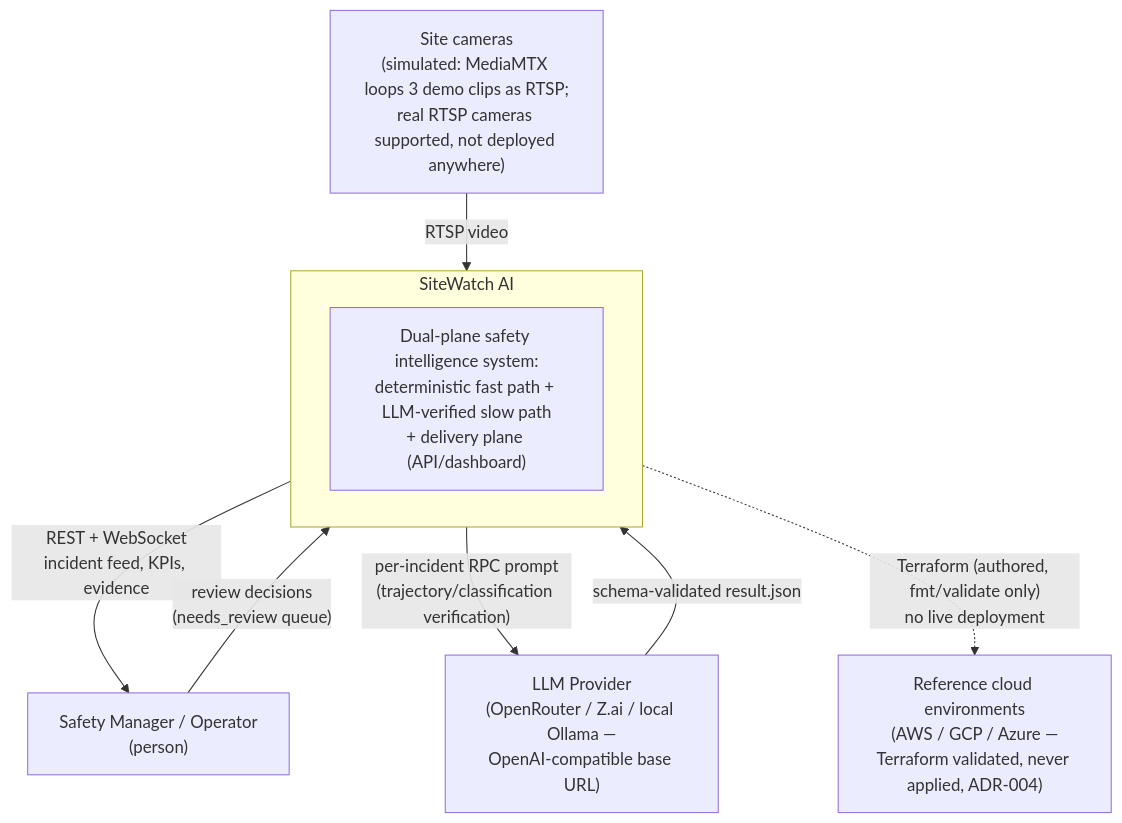
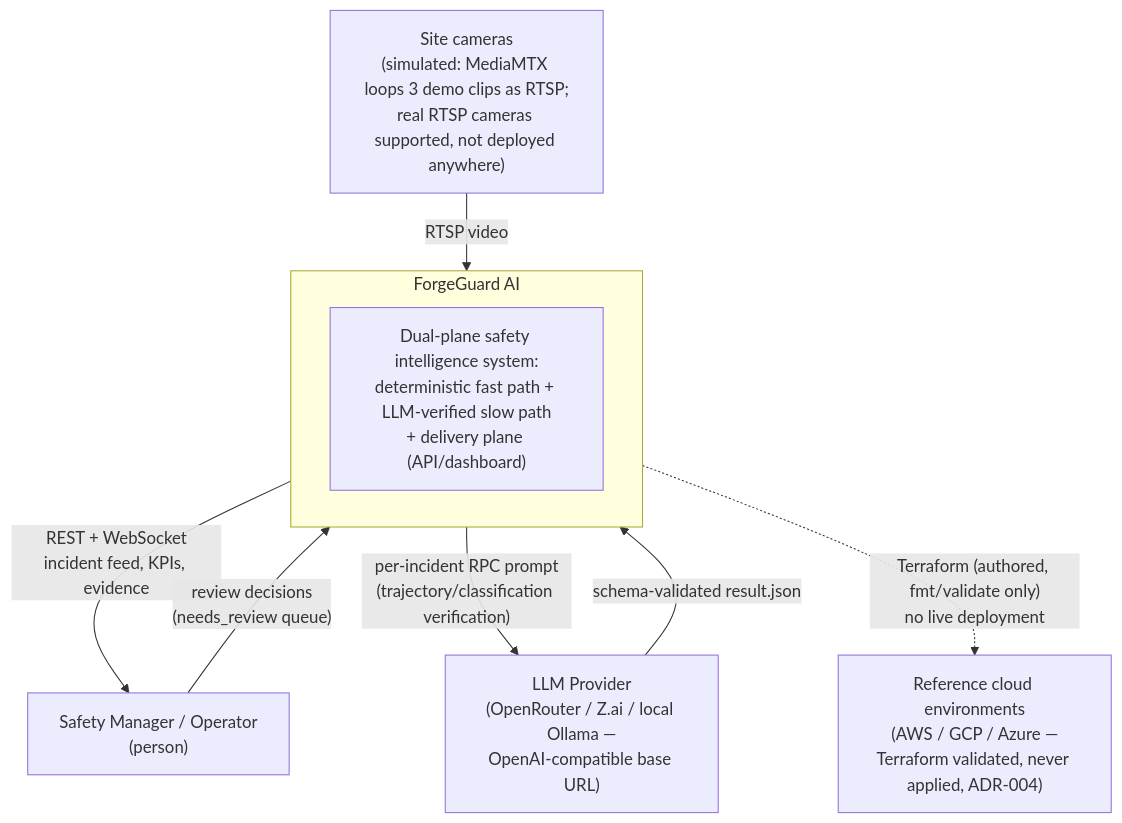
The first of 4 diagrams in docs/13-architecture-diagrams.md (yash-rai-93/forgeguard-ai), drawn with Mermaid before and after one commit. The commit also changed other lines of this file and 42 other files, not shown here.

Commit message:
Align ForgeGuard AI branding and restore upstream license notice (#1)

````diff
--- a/docs/13-architecture-diagrams.md
+++ b/docs/13-architecture-diagrams.md
@@ -14,18 +14,18 @@
 ```mermaid
 flowchart TB
     OPERATOR["Safety Manager / Operator<br>(person)"]
     CAMERAS["Site cameras<br>(simulated: MediaMTX loops 3 demo clips as RTSP;<br>real RTSP cameras supported, not deployed anywhere)"]
     LLM["LLM Provider<br>(OpenRouter / Z.ai / local Ollama —<br>OpenAI-compatible base URL)"]
     CLOUD["Reference cloud environments<br>(AWS / GCP / Azure —<br>Terraform validated, never applied, ADR-004)"]
 
-    subgraph SYS["SiteWatch AI"]
+    subgraph SYS["ForgeGuard AI"]
         SW["Dual-plane safety intelligence system:<br>deterministic fast path + LLM-verified slow path<br>+ delivery plane (API/dashboard)"]
     end
 
     CAMERAS -- "RTSP video" --> SYS
     SYS -- "REST + WebSocket<br>incident feed, KPIs, evidence" --> OPERATOR
     OPERATOR -- "review decisions<br>(needs_review queue)" --> SYS
     SYS -- "per-incident RPC prompt<br>(trajectory/classification verification)" --> LLM
     LLM -- "schema-validated result.json" --> SYS
     SYS -. "Terraform (authored, fmt/validate only)<br>no live deployment" .-> CLOUD
 ```
````
